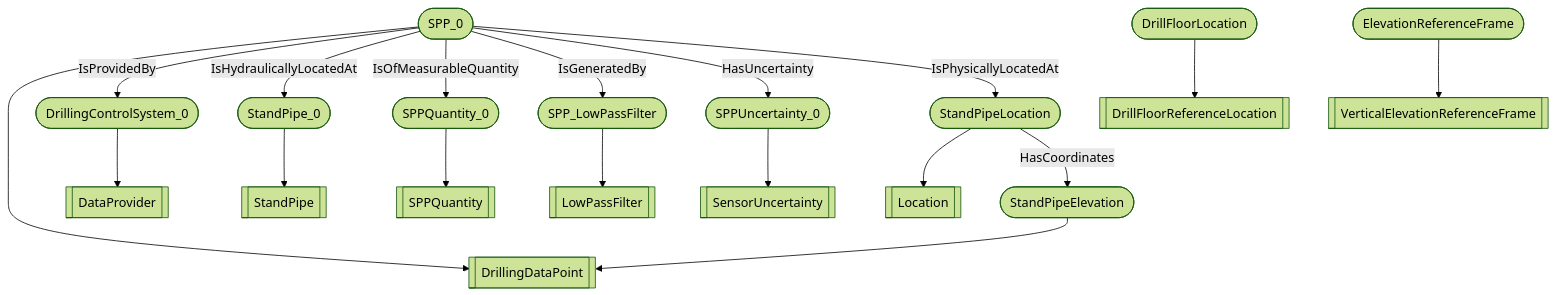
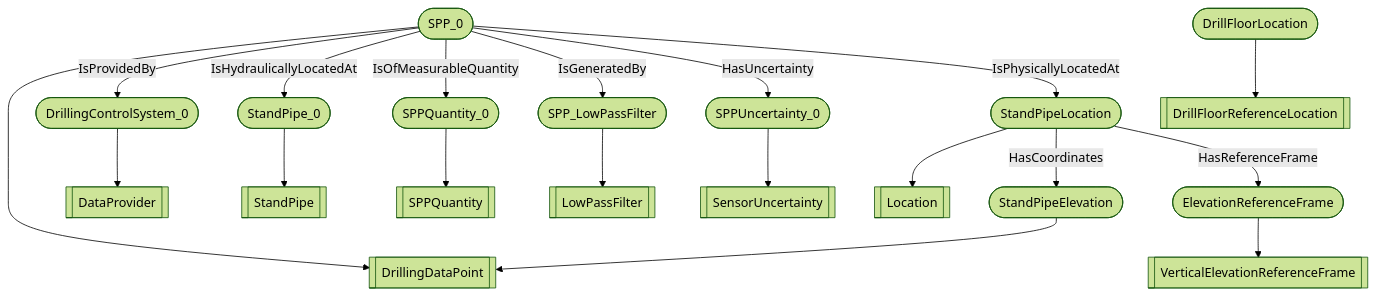
The diagram in docs/vocabulary_development/auto-generated/md/examples/DWIS-SPP.md (D-WIS/DDHub-Semantic-Interoperability), drawn with Mermaid (forest theme) before and after one commit. The commit also changed other lines of this file and 1 other file, not shown here.

Commit message:
Missing reference

````diff
--- a/docs/vocabulary_development/auto-generated/md/examples/DWIS-SPP.md
+++ b/docs/vocabulary_development/auto-generated/md/examples/DWIS-SPP.md
@@ -19,20 +20,21 @@
 ```mermaid
 flowchart TD
 	SPP_0([SPP_0]) --> DrillingDataPoint[[DrillingDataPoint]]
 	StandPipe_0([StandPipe_0]) --> StandPipe[[StandPipe]]
 	SPPQuantity_0([SPPQuantity_0]) --> SPPQuantity[[SPPQuantity]]
 	SPPUncertainty_0([SPPUncertainty_0]) --> SensorUncertainty[[SensorUncertainty]]
 	SPP_LowPassFilter([SPP_LowPassFilter]) --> LowPassFilter[[LowPassFilter]]
 	DrillingControlSystem_0([DrillingControlSystem_0]) --> DataProvider[[DataProvider]]
 	StandPipeLocation([StandPipeLocation]) --> Location[[Location]]
 	DrillFloorLocation([DrillFloorLocation]) --> DrillFloorReferenceLocation[[DrillFloorReferenceLocation]]
 	StandPipeElevation([StandPipeElevation]) --> DrillingDataPoint[[DrillingDataPoint]]
 	ElevationReferenceFrame([ElevationReferenceFrame]) --> VerticalElevationReferenceFrame[[VerticalElevationReferenceFrame]]
 	 SPP_0 -- IsProvidedBy --> DrillingControlSystem_0 
 	 SPP_0 -- IsHydraulicallyLocatedAt --> StandPipe_0 
 	 SPP_0 -- IsOfMeasurableQuantity --> SPPQuantity_0 
 	 SPP_0 -- IsGeneratedBy --> SPP_LowPassFilter 
 	 SPP_0 -- HasUncertainty --> SPPUncertainty_0 
 	 SPP_0 -- IsPhysicallyLocatedAt --> StandPipeLocation 
 	 StandPipeLocation -- HasCoordinates --> StandPipeElevation 
+	 StandPipeLocation -- HasReferenceFrame --> ElevationReferenceFrame 
 ```
````
